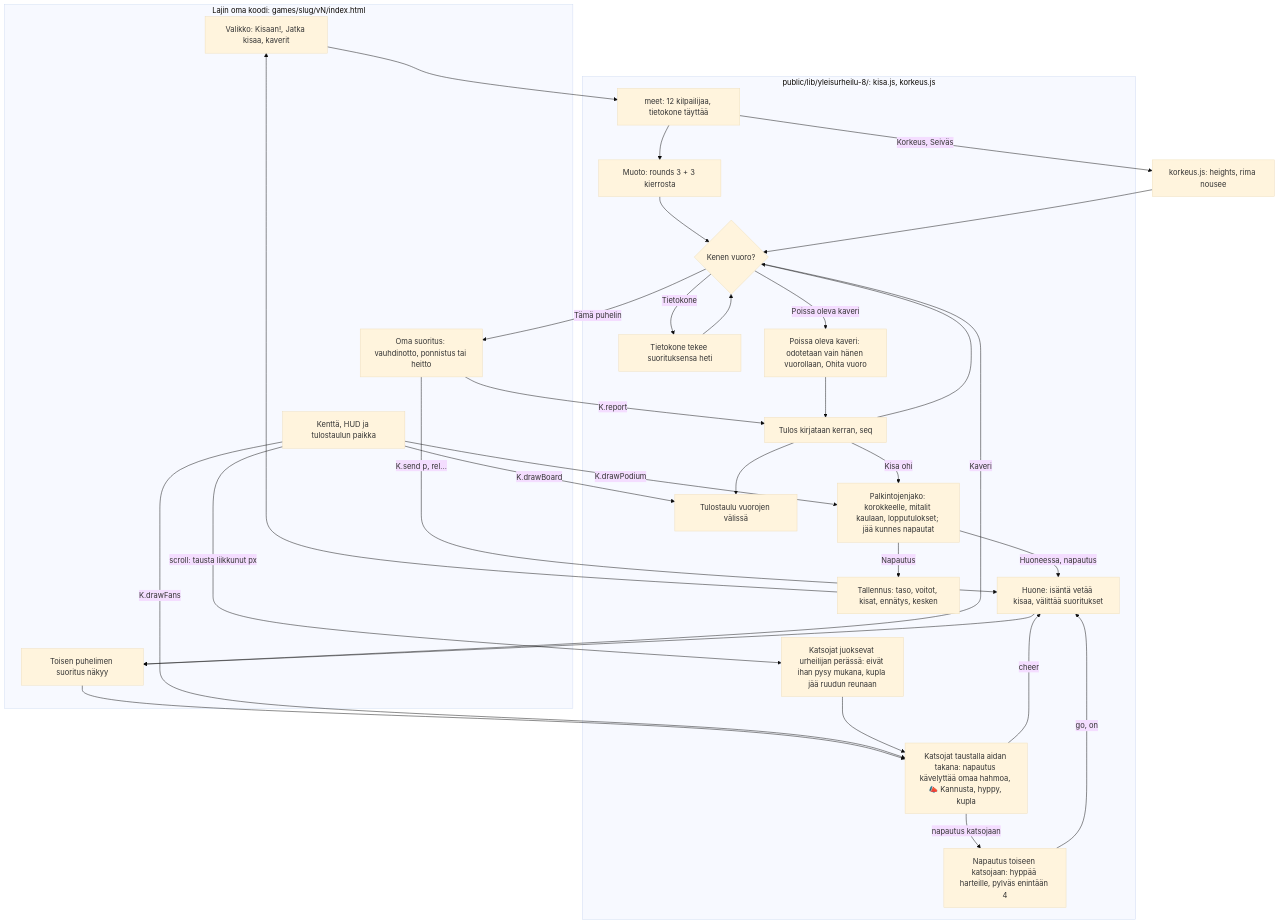
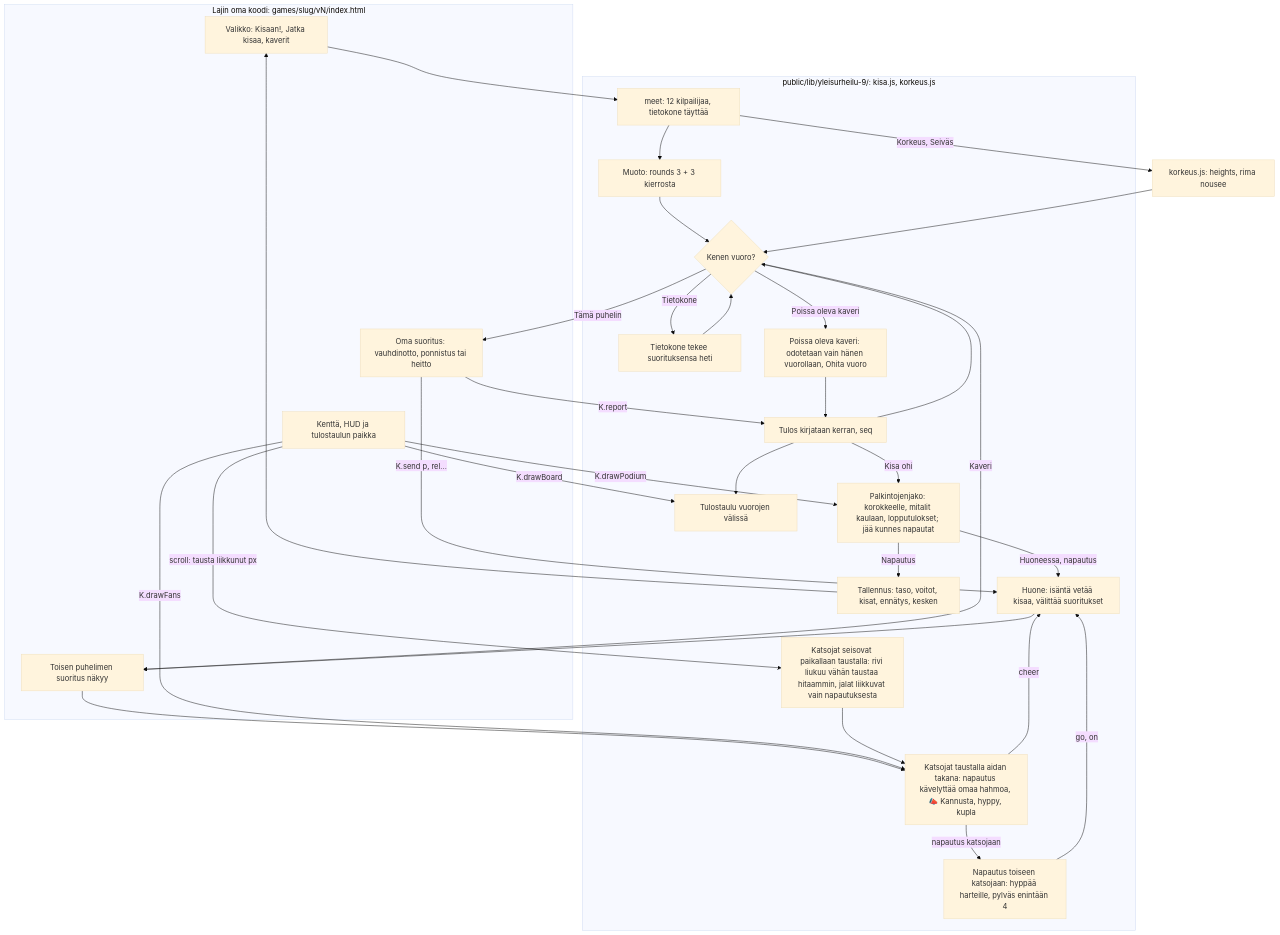
Before and after one commit to eerovil/ai-pelit: the diagram in docs/diagrams/yleisurheilu-kirjasto.md, drawn with Mermaid (base theme). The commit also changed other lines of this file and 33 other files, not shown here.

````diff
--- a/docs/diagrams/yleisurheilu-kirjasto.md
+++ b/docs/diagrams/yleisurheilu-kirjasto.md
@@ -26,52 +28,52 @@
 ```mermaid
 flowchart TD
   subgraph Peli[Lajin oma koodi: games/slug/vN/index.html]
     G1[Valikko: Kisaan!, Jatka kisaa, kaverit]
     G2[Oma suoritus: vauhdinotto, ponnistus tai heitto]
     G3[Toisen puhelimen suoritus näkyy]
     G4[Kenttä, HUD ja tulostaulun paikka]
   end
-  subgraph Kirjasto[public/lib/yleisurheilu-8/: kisa.js, korkeus.js]
+  subgraph Kirjasto[public/lib/yleisurheilu-9/: kisa.js, korkeus.js]
     K1[meet: 12 kilpailijaa, tietokone täyttää]
     K2[Muoto: rounds 3 + 3 kierrosta]
     K3{Kenen vuoro?}
     K4[Tietokone tekee suorituksensa heti]
     K5[Tulos kirjataan kerran, seq]
     K6[Tulostaulu vuorojen välissä]
     K9[Palkintojenjako: korokkeelle, mitalit kaulaan, lopputulokset; jää kunnes napautat]
     K7[Tallennus: taso, voitot, kisat, ennätys, kesken]
     K8[Huone: isäntä vetää kisaa, välittää suoritukset]
     K10[Katsojat taustalla aidan takana: napautus kävelyttää omaa hahmoa, 📣 Kannusta, hyppy, kupla]
     K13[Napautus toiseen katsojaan: hyppää harteille, pylväs enintään 4]
-    K12[Katsojat juoksevat urheilijan perässä: eivät ihan pysy mukana, kupla jää ruudun reunaan]
+    K12[Katsojat seisovat paikallaan taustalla: rivi liukuu vähän taustaa hitaammin, jalat liikkuvat vain napautuksesta]
     K11[Poissa oleva kaveri: odotetaan vain hänen vuorollaan, Ohita vuoro]
   end
   G1 --> K1 --> K2 --> K3
   K1 -- Korkeus, Seiväs --> H1[korkeus.js: heights, rima nousee]
   H1 --> K3
   K3 -- Tietokone --> K4 --> K3
   K3 -- Poissa oleva kaveri --> K11 --> K5
   K3 -- Tämä puhelin --> G2
   K3 -- Kaveri --> G3
   G3 --> K10
   G4 -- K.drawFans --> K10
   G4 -- scroll: tausta liikkunut px --> K12
   K12 --> K10
   K10 -- napautus katsojaan --> K13
   K13 -- go, on --> K8
   K10 -- cheer --> K8
   G2 -- K.report --> K5
   G2 -- K.send p, rel... --> K8 --> G3
   K5 --> K3
   K5 --> K6
   K5 -- Kisa ohi --> K9
   K9 -- Napautus --> K7 --> G1
   K9 -- Huoneessa, napautus --> K8
   G4 -- K.drawBoard --> K6
   G4 -- K.drawPodium --> K9
   class G1,G2,G4 blue
   class G3,K8,K10,K11,K12,K13 violet
   class K3 amber
   class K1,K2,K4,K5,H1 teal
   class K6,K7,K9 green
 ```
````
